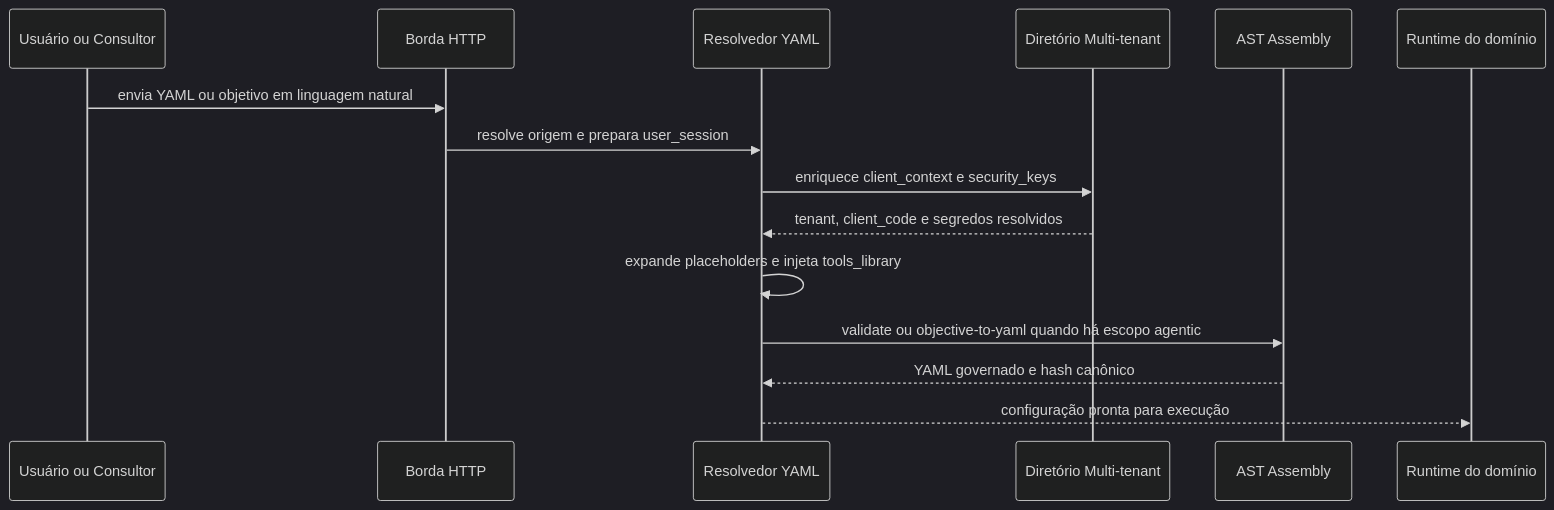
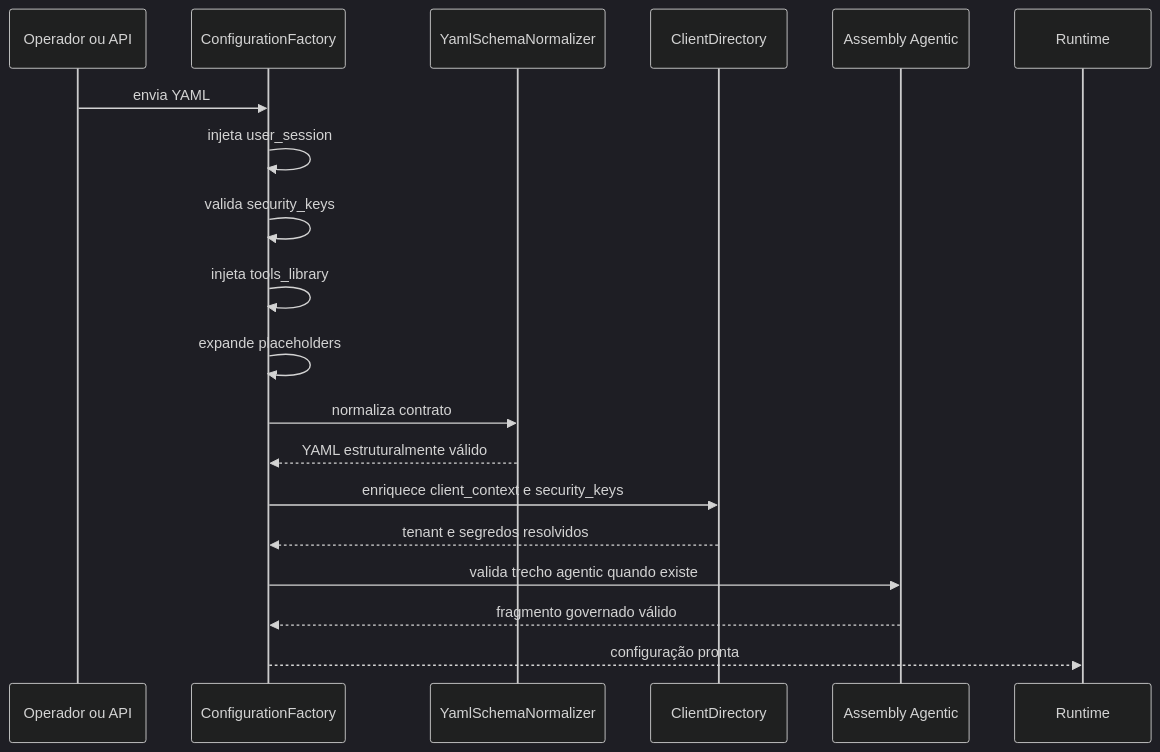
One commit to MEDIUM-FOOD/linx-food-docs changed the second of 2 diagrams in docs/README-CONFIGURACAO-YAML.md. Above: the diagram before and after it, drawn with Mermaid (dark theme). The commit also changed other lines of this file and 18 other files, not shown here.

````diff
--- a/docs/README-CONFIGURACAO-YAML.md
+++ b/docs/README-CONFIGURACAO-YAML.md
@@ -451,18 +501,22 @@
 ```mermaid
 sequenceDiagram
-    participant User as Usuário ou Consultor
-    participant API as Borda HTTP
-    participant Resolver as Resolvedor YAML
-    participant Directory as Diretório Multi-tenant
-    participant Assembly as AST Assembly
-    participant Runtime as Runtime do domínio
+    participant Operador as Operador ou API
+    participant Factory as ConfigurationFactory
+    participant Normalizer as YamlSchemaNormalizer
+    participant Directory as ClientDirectory
+    participant Assembly as Assembly Agentic
+    participant Runtime as Runtime
 
-    User->>API: envia YAML ou objetivo em linguagem natural
-    API->>Resolver: resolve origem e prepara user_session
-    Resolver->>Directory: enriquece client_context e security_keys
-    Directory-->>Resolver: tenant, client_code e segredos resolvidos
-    Resolver->>Resolver: expande placeholders e injeta tools_library
-    Resolver->>Assembly: validate ou objective-to-yaml quando há escopo agentic
-    Assembly-->>Resolver: YAML governado e hash canônico
-    Resolver-->>Runtime: configuração pronta para execução
+    Operador->>Factory: envia YAML
+    Factory->>Factory: injeta user_session
+    Factory->>Factory: valida security_keys
+    Factory->>Factory: injeta tools_library
+    Factory->>Factory: expande placeholders
+    Factory->>Normalizer: normaliza contrato
+    Normalizer-->>Factory: YAML estruturalmente válido
+    Factory->>Directory: enriquece client_context e security_keys
+    Directory-->>Factory: tenant e segredos resolvidos
+    Factory->>Assembly: valida trecho agentic quando existe
+    Assembly-->>Factory: fragmento governado válido
+    Factory-->>Runtime: configuração pronta
 ```
````
